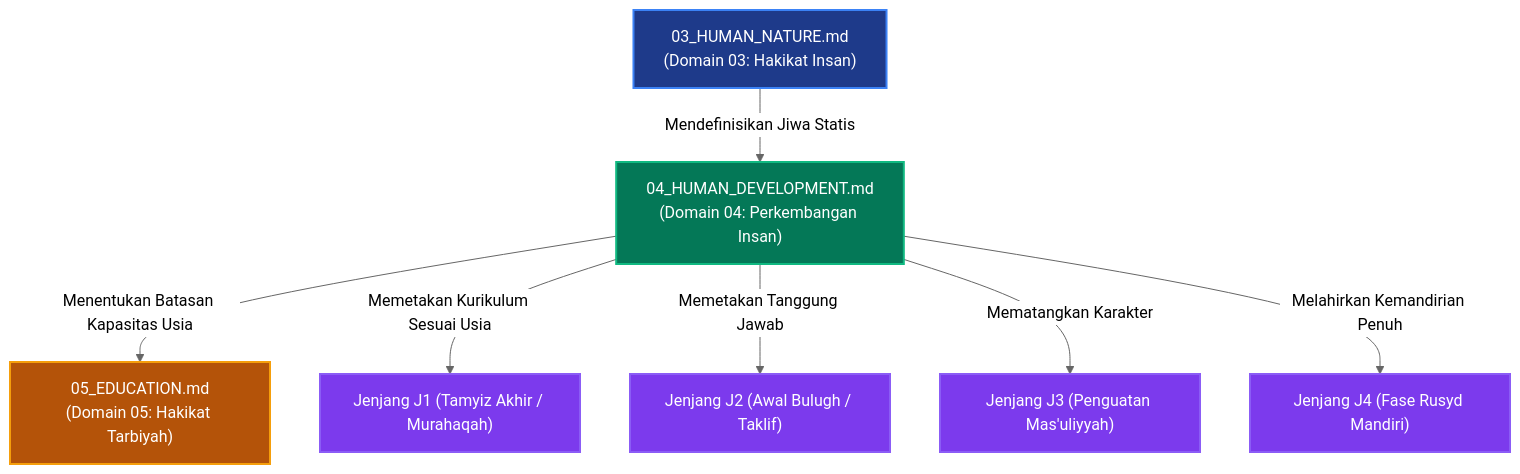
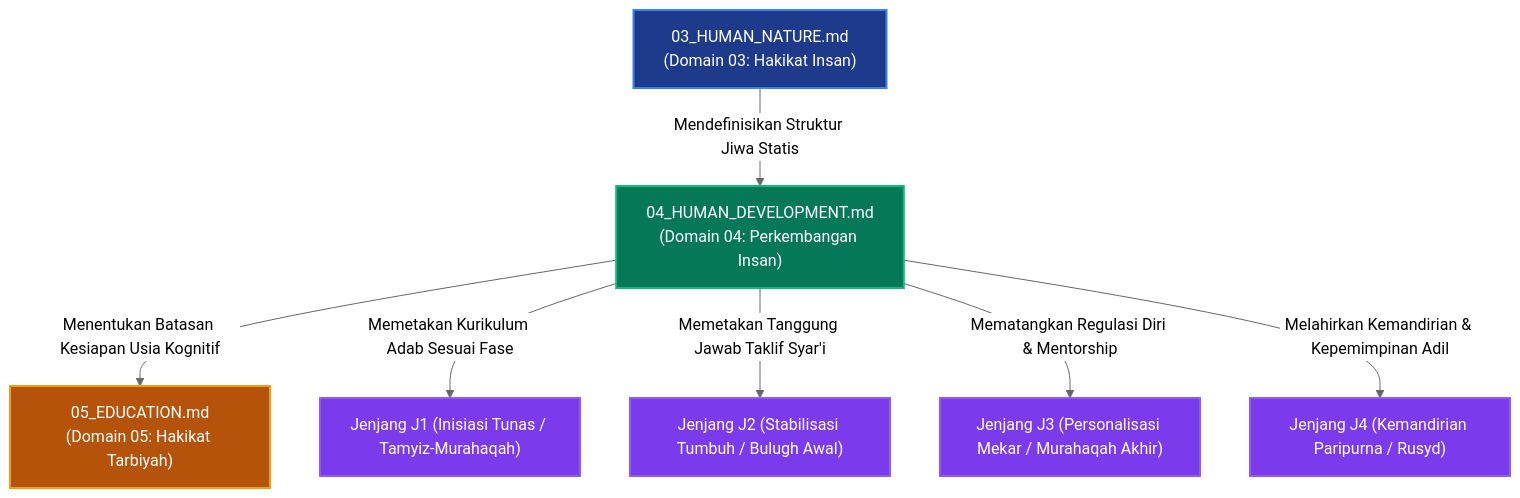
The diagram in PROBE/PROBE_01/P00027-Mengapa-Human-Development-Perkembangan-Insan-Ditempatkan-Setelah-Human-Nature.md (wandiapriliyandi/tumbuh), drawn with Mermaid (neutral theme) before and after one commit. The commit also changed other lines of this file and 9 other files, not shown here.

````diff
--- a/PROBE/PROBE_01/P00027-Mengapa-Human-Development-Perkembangan-Insan-Ditempatkan-Setelah-Human-Nature.md
+++ b/PROBE/PROBE_01/P00027-Mengapa-Human-Development-Perkembangan-Insan-Ditempatkan-Setelah-Human-Nature.md
@@ -199,23 +128,23 @@
 ```mermaid
 graph TD
     classDef hnNode fill:#1e3a8a,stroke:#3b82f6,stroke-width:2px,color:#fff;
     classDef hdNode fill:#047857,stroke:#10b981,stroke-width:2px,color:#fff;
     classDef eduNode fill:#b45309,stroke:#f59e0b,stroke-width:2px,color:#fff;
     classDef jNode fill:#7c3aed,stroke:#8b5cf6,stroke-width:2px,color:#fff;
 
     HN["03_HUMAN_NATURE.md<br/>(Domain 03: Hakikat Insan)"]:::hnNode
     HD["04_HUMAN_DEVELOPMENT.md<br/>(Domain 04: Perkembangan Insan)"]:::hdNode
     EDU["05_EDUCATION.md<br/>(Domain 05: Hakikat Tarbiyah)"]:::eduNode
     
-    J1["Jenjang J1 (Tamyiz Akhir / Murahaqah)"]:::jNode
-    J2["Jenjang J2 (Awal Bulugh / Taklif)"]:::jNode
-    J3["Jenjang J3 (Penguatan Mas'uliyyah)"]:::jNode
-    J4["Jenjang J4 (Fase Rusyd Mandiri)"]:::jNode
+    J1["Jenjang J1 (Inisiasi Tunas / Tamyiz-Murahaqah)"]:::jNode
+    J2["Jenjang J2 (Stabilisasi Tumbuh / Bulugh Awal)"]:::jNode
+    J3["Jenjang J3 (Personalisasi Mekar / Murahaqah Akhir)"]:::jNode
+    J4["Jenjang J4 (Kemandirian Paripurna / Rusyd)"]:::jNode
 
-    HN -->|Mendefinisikan Jiwa Statis| HD
-    HD -->|Menentukan Batasan Kapasitas Usia| EDU
-    HD -->|Memetakan Kurikulum Sesuai Usia| J1
-    HD -->|Memetakan Tanggung Jawab| J2
-    HD -->|Mematangkan Karakter| J3
-    HD -->|Melahirkan Kemandirian Penuh| J4
+    HN -->|Mendefinisikan Struktur Jiwa Statis| HD
+    HD -->|Menentukan Batasan Kesiapan Usia Kognitif| EDU
+    HD -->|Memetakan Kurikulum Adab Sesuai Fase| J1
+    HD -->|Memetakan Tanggung Jawab Taklif Syar'i| J2
+    HD -->|Mematangkan Regulasi Diri & Mentorship| J3
+    HD -->|Melahirkan Kemandirian & Kepemimpinan Adil| J4
 ```
````
